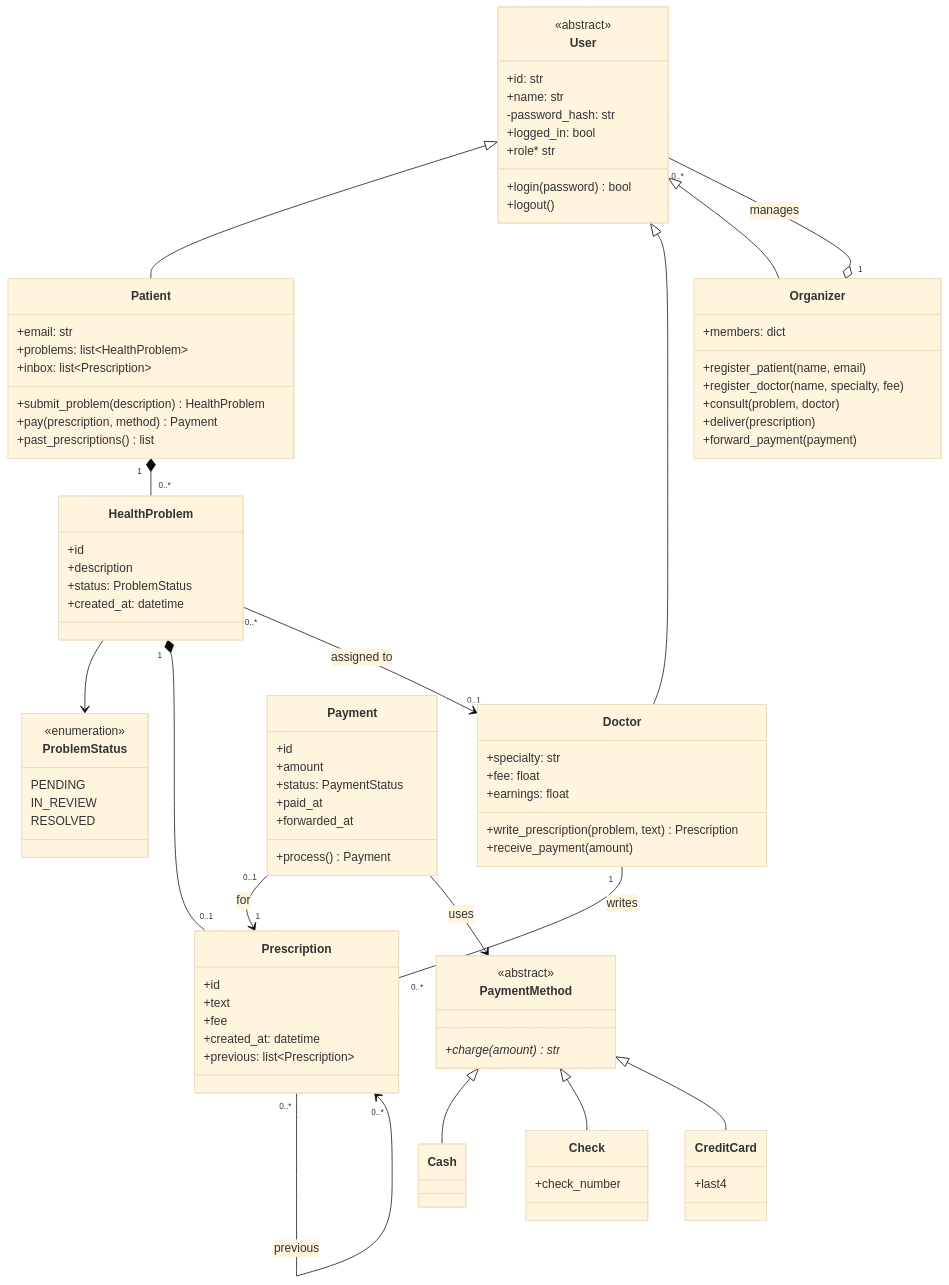
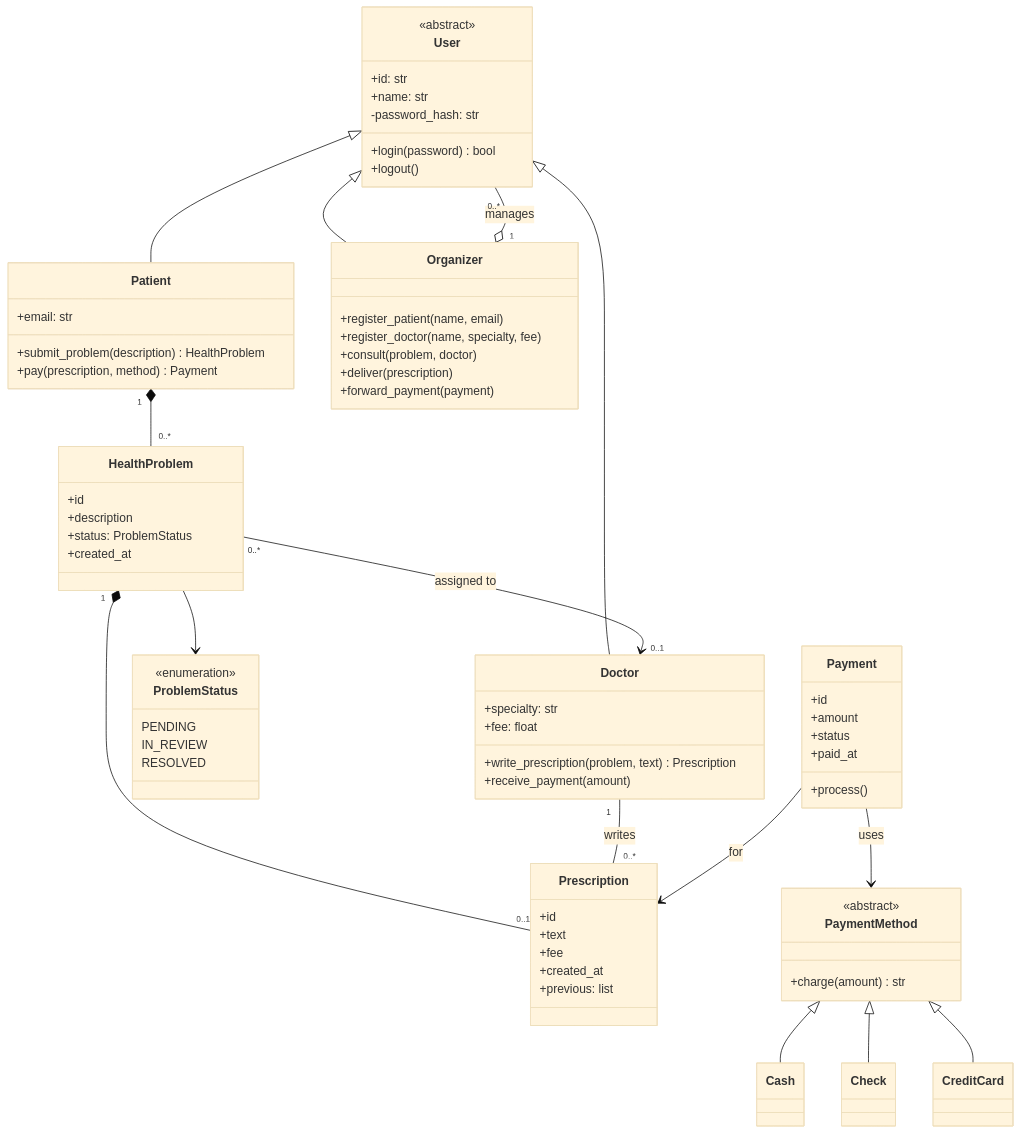
The fourth of 7 diagrams in 04-uml/hospital/README.md (mathislepoutre1/oop-python-exercises), drawn with Mermaid (base theme) before and after one commit. The commit also changed other lines of this file and 8 other files, not shown here.

````diff
--- a/04-uml/hospital/README.md
+++ b/04-uml/hospital/README.md
@@ -137,28 +128,21 @@
         +id: str
         +name: str
         -password_hash: str
-        +logged_in: bool
         +login(password) bool
         +logout()
-        +role* str
     }
     class Patient {
         +email: str
-        +problems: list~HealthProblem~
-        +inbox: list~Prescription~
         +submit_problem(description) HealthProblem
         +pay(prescription, method) Payment
-        +past_prescriptions() list
     }
     class Doctor {
         +specialty: str
         +fee: float
-        +earnings: float
         +write_prescription(problem, text) Prescription
         +receive_payment(amount)
     }
     class Organizer {
-        +members: dict
         +register_patient(name, email)
         +register_doctor(name, specialty, fee)
         +consult(problem, doctor)
@@ -179,34 +163,29 @@
         +id
         +description
         +status: ProblemStatus
-        +created_at: datetime
+        +created_at
     }
     class Prescription {
         +id
         +text
         +fee
-        +created_at: datetime
-        +previous: list~Prescription~
+        +created_at
+        +previous: list
     }
     class Payment {
         +id
         +amount
-        +status: PaymentStatus
+        +status
         +paid_at
-        +forwarded_at
-        +process() Payment
+        +process()
     }
     class PaymentMethod {
         <<abstract>>
-        +charge(amount)* str
+        +charge(amount) str
     }
     class Cash
-    class Check {
-        +check_number
-    }
-    class CreditCard {
-        +last4
-    }
+    class Check
+    class CreditCard
     PaymentMethod <|-- Cash
     PaymentMethod <|-- Check
     PaymentMethod <|-- CreditCard
@@ -217,7 +196,6 @@
     HealthProblem "1" *-- "0..1" Prescription
     HealthProblem "0..*" --> "0..1" Doctor : assigned to
     Doctor "1" -- "0..*" Prescription : writes
-    Prescription "0..*" --> "0..*" Prescription : previous
-    Payment "0..1" --> "1" Prescription : for
+    Payment --> Prescription : for
     Payment --> PaymentMethod : uses
 ```
````
